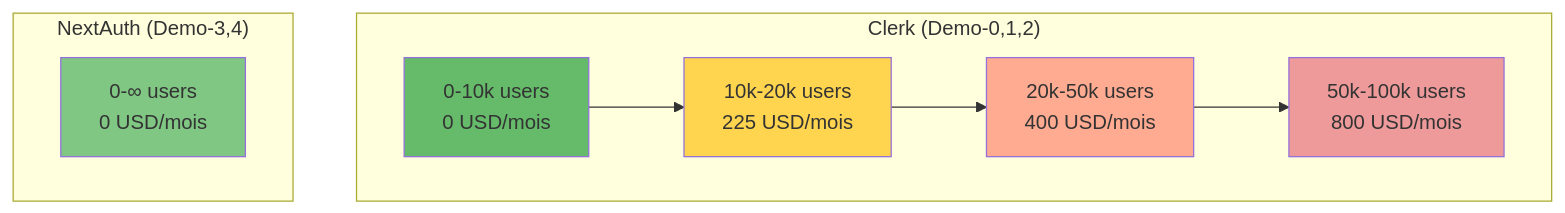
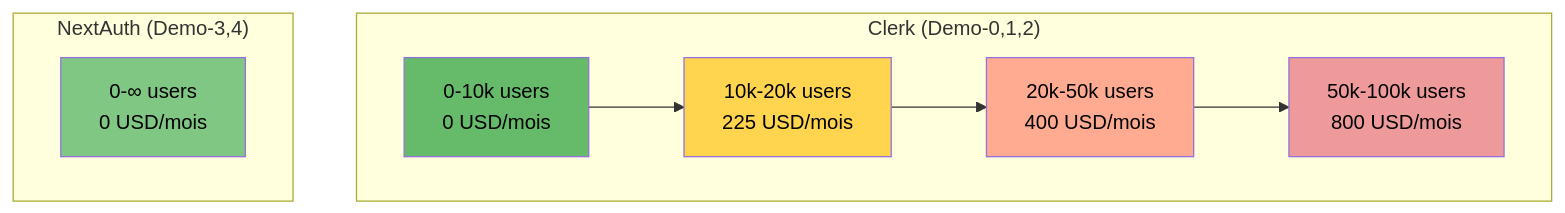
Diagram 27 of 39 in 02-DIAGRAMMES_ARCHITECTURES.md (inskillflow/auths-1-NEXTJS-introduction), drawn with Mermaid before and after one commit. The commit also changed other lines of this file, not shown here.

````diff
--- a/02-DIAGRAMMES_ARCHITECTURES.md
+++ b/02-DIAGRAMMES_ARCHITECTURES.md
@@ -912,23 +912,23 @@
 ```mermaid
 graph TD
     subgraph "Clerk (Demo-0,1,2)"
         C1["0-10k users<br/>0 USD/mois"]
         C2["10k-20k users<br/>225 USD/mois"]
         C3["20k-50k users<br/>400 USD/mois"]
         C4["50k-100k users<br/>800 USD/mois"]
     end
     
     subgraph "NextAuth (Demo-3,4)"
         N1["0-∞ users<br/>0 USD/mois"]
     end
     
     C1 --> C2
     C2 --> C3
     C3 --> C4
     
-    style C1 fill:#66bb6a
-    style C2 fill:#ffd54f
-    style C3 fill:#ffab91
-    style C4 fill:#ef9a9a
-    style N1 fill:#81c784
+    style C1 fill:#66bb6a,color:#000
+    style C2 fill:#ffd54f,color:#000
+    style C3 fill:#ffab91,color:#000
+    style C4 fill:#ef9a9a,color:#000
+    style N1 fill:#81c784,color:#000
 ```
````
